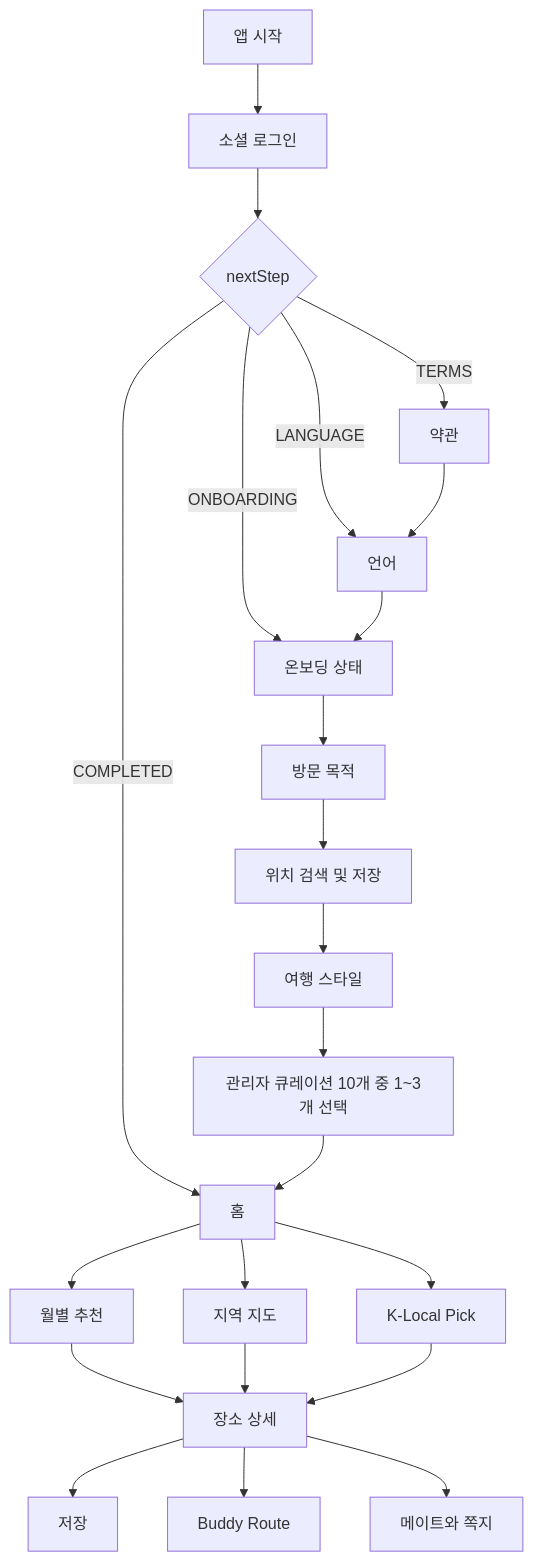
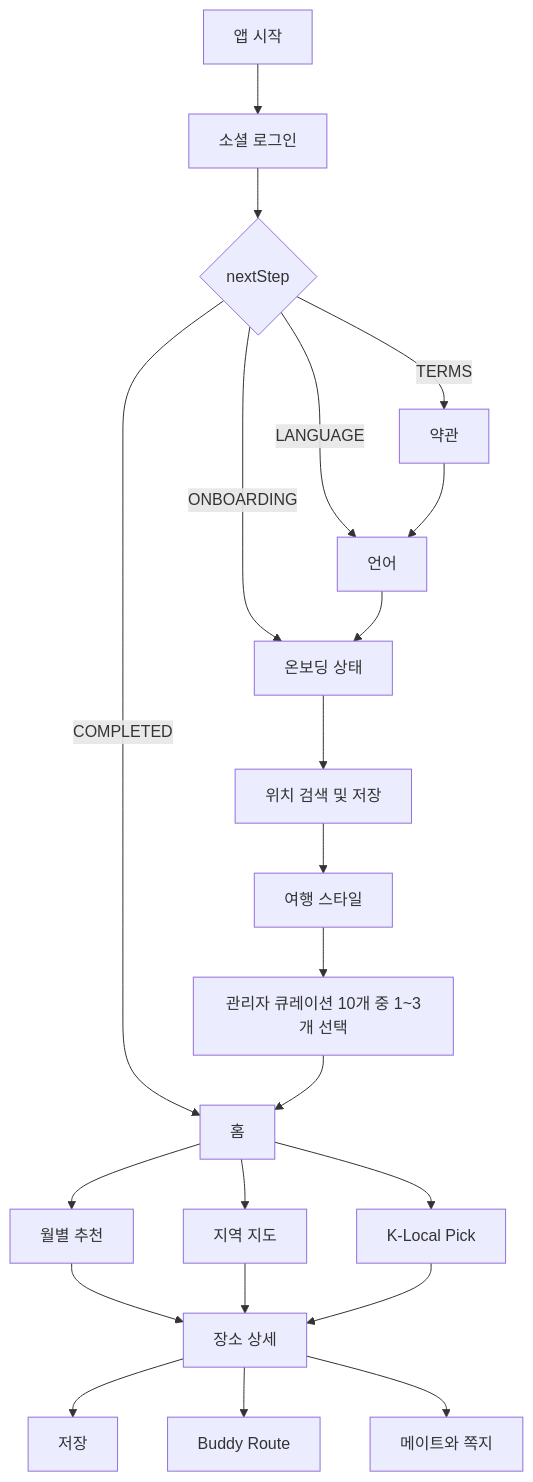
The first of 4 diagrams in docs/koready-backend-design/10_FRONTEND_API_FLOW_GUIDE.md (ppp1969/koready-backend), drawn with Mermaid before and after one commit. The commit also changed other lines of this file and 13 other files, not shown here.

````diff
--- a/docs/koready-backend-design/10_FRONTEND_API_FLOW_GUIDE.md
+++ b/docs/koready-backend-design/10_FRONTEND_API_FLOW_GUIDE.md
@@ -158,25 +158,24 @@
 ```mermaid
 flowchart TD
     A[앱 시작] --> B[소셜 로그인]
     B --> C{nextStep}
     C -->|TERMS| D[약관]
     C -->|LANGUAGE| E[언어]
     C -->|ONBOARDING| F[온보딩 상태]
     C -->|COMPLETED| K[홈]
     D --> E
     E --> F
-    F --> G[방문 목적]
-    G --> H[위치 검색 및 저장]
+    F --> H[위치 검색 및 저장]
     H --> I[여행 스타일]
     I --> J[관리자 큐레이션 10개 중 1~3개 선택]
     J --> K
     K --> L[월별 추천]
     K --> M[지역 지도]
     K --> N[K-Local Pick]
     L --> O[장소 상세]
     M --> O
     N --> O
     O --> P[저장]
     O --> Q[Buddy Route]
     O --> R[메이트와 쪽지]
 ```
````
